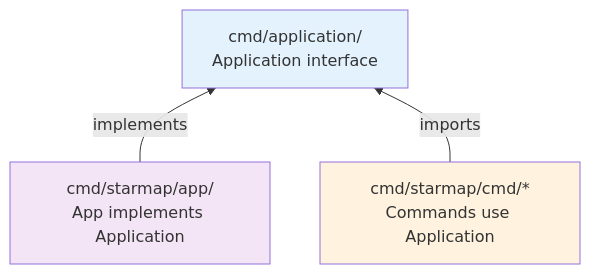
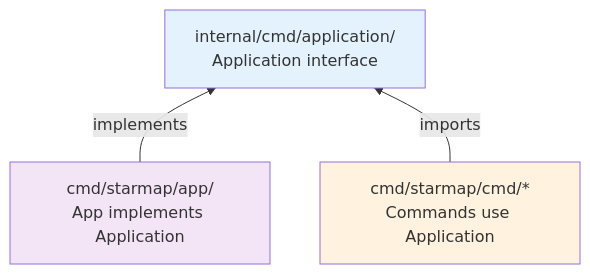
Before and after one commit to agentstation/starmap: the second of 8 diagrams in docs/ARCHITECTURE.md, drawn with Mermaid. The commit also changed other lines of this file and 35 other files, not shown here.

First line of the commit message:
refactor: move application interface to internal/cmd/application

````diff
--- a/docs/ARCHITECTURE.md
+++ b/docs/ARCHITECTURE.md
@@ -192,13 +192,13 @@
 ```mermaid
 flowchart BT
     APP[cmd/starmap/app/<br/>App implements Application]
     CMD[cmd/starmap/cmd/*<br/>Commands use Application]
-    INT[cmd/application/<br/>Application interface]
+    INT[internal/cmd/application/<br/>Application interface]
 
     APP -->|implements| INT
     CMD -->|imports| INT
 
     style INT fill:#e3f2fd
     style CMD fill:#fff3e0
     style APP fill:#f3e5f5
 ```
````
